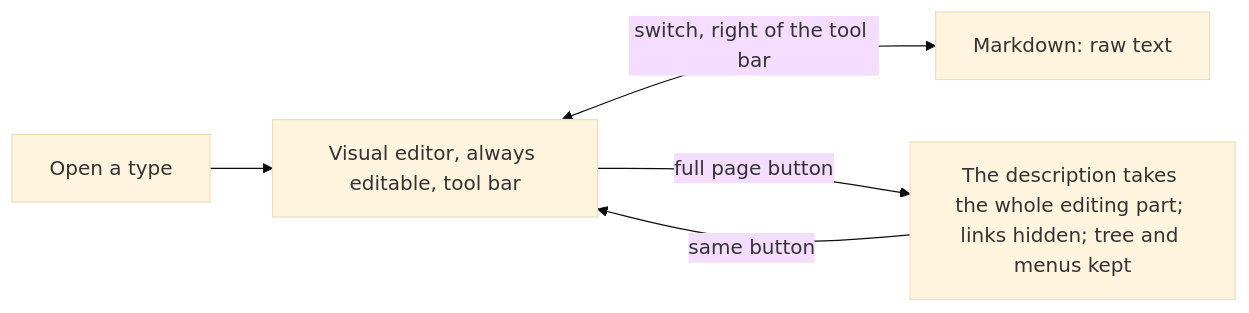
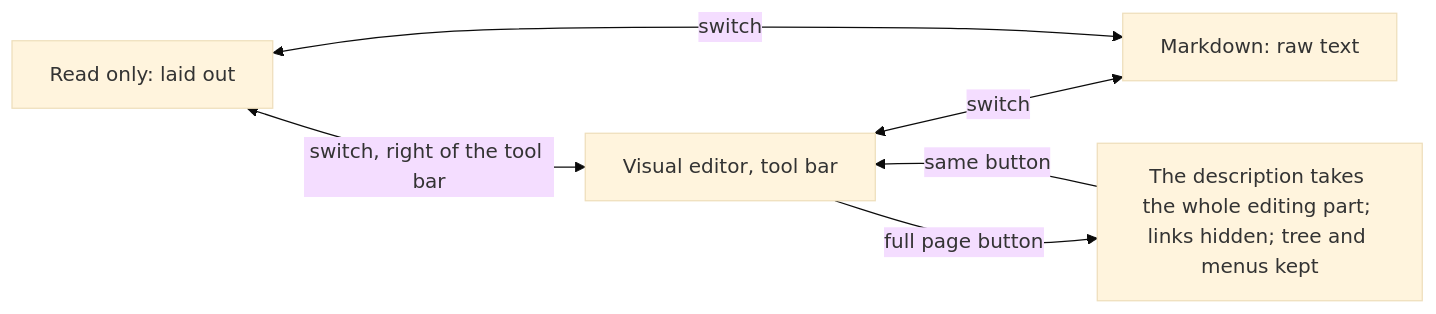
The second of 3 diagrams in metadata/03-documentation.md (AlexandreGallais/synoptic-studio-spec), drawn with Mermaid (base theme) before and after one commit. The commit also changed other lines of this file and 11 other files, not shown here.

````diff
--- a/metadata/03-documentation.md
+++ b/metadata/03-documentation.md
@@ -48,7 +50,8 @@
 ```mermaid
 flowchart LR
-    O["Open a type"] --> E["Visual editor, always editable, tool bar"]
-    E <-->|"switch, right of the tool bar"| M["Markdown: raw text"]
+    R["Read only: laid out"] <-->|"switch, right of the tool bar"| E["Visual editor, tool bar"]
+    E <-->|"switch"| M["Markdown: raw text"]
+    R <-->|"switch"| M
     E -->|"full page button"| F["The description takes the whole editing part; links hidden; tree and menus kept"]
     F -->|"same button"| E
 ```
````
